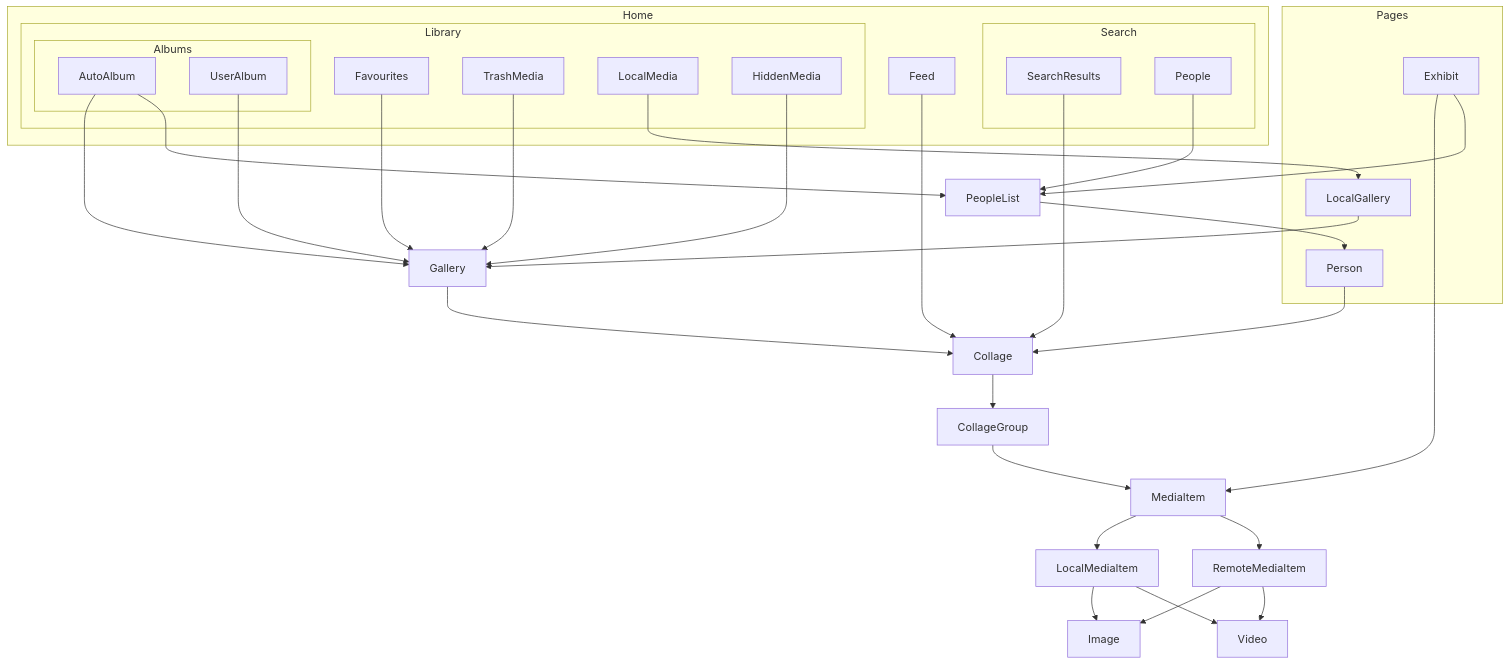
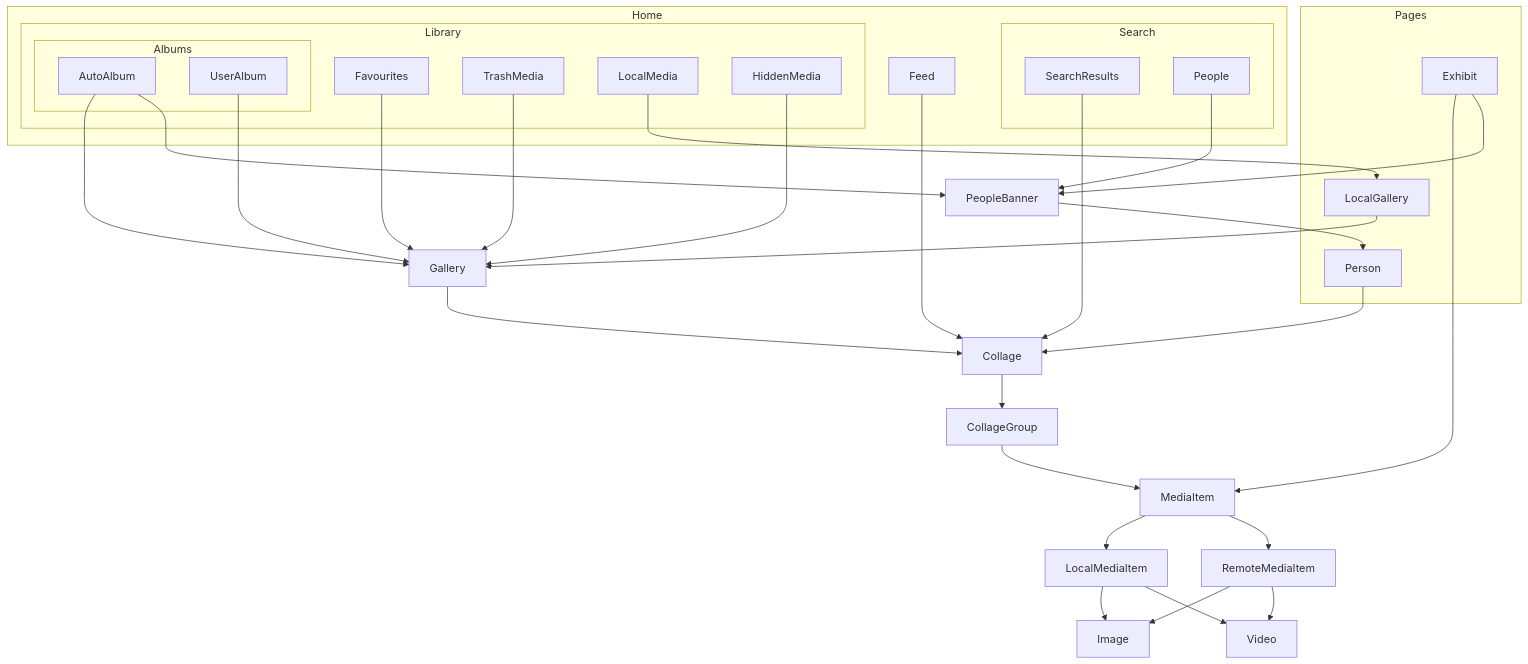
One commit to savvasdalkitsis/uhuruphotos-android changed the diagram in domain-model.md. Above: the diagram before and after it, drawn with Mermaid. The commit also changed 4 other files, not shown here.

Commit message:
Renaming PeopleBar to PeopleBanner

````diff
--- a/domain-model.md
+++ b/domain-model.md
@@ -5,58 +5,58 @@
 ```mermaid 
 graph TD;
 
     Gallery-->Collage
     Collage-->CollageGroup
     CollageGroup-->MediaItem
     Exhibit-->MediaItem
     MediaItem-->LocalMediaItem
     MediaItem-->RemoteMediaItem
     LocalMediaItem-->Image
     LocalMediaItem-->Video
     RemoteMediaItem-->Image
     RemoteMediaItem-->Video
     AutoAlbum-->Gallery
     UserAlbum-->Gallery
     Favourites-->Gallery
     TrashMedia-->Gallery
     LocalMedia-->LocalGallery
     LocalGallery-->Gallery
     HiddenMedia-->Gallery
     Person-->Collage
     SearchResults-->Collage
     Feed-->Collage
-    People-->PeopleList
-    PeopleList-->Person
-    Exhibit-->PeopleList
-    AutoAlbum-->PeopleList
+    People-->PeopleBanner
+    PeopleBanner-->Person
+    Exhibit-->PeopleBanner
+    AutoAlbum-->PeopleBanner
 
     subgraph Pages
         Person
         LocalGallery
         Exhibit
     end
 
     subgraph Search
         SearchResults
         People
     end
 
     subgraph Albums
         AutoAlbum
         UserAlbum
     end
 
     subgraph Library
         TrashMedia
         HiddenMedia
         Albums
         Favourites
         LocalMedia
     end
 
     subgraph Home
         Feed
         Search
         Library
     end
 ```
````
